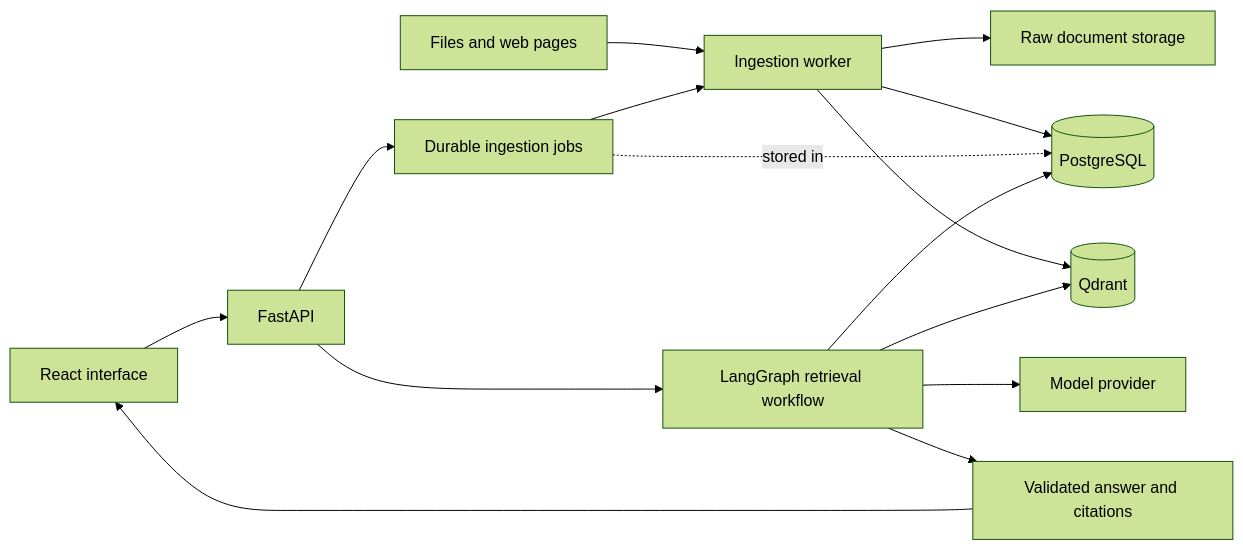
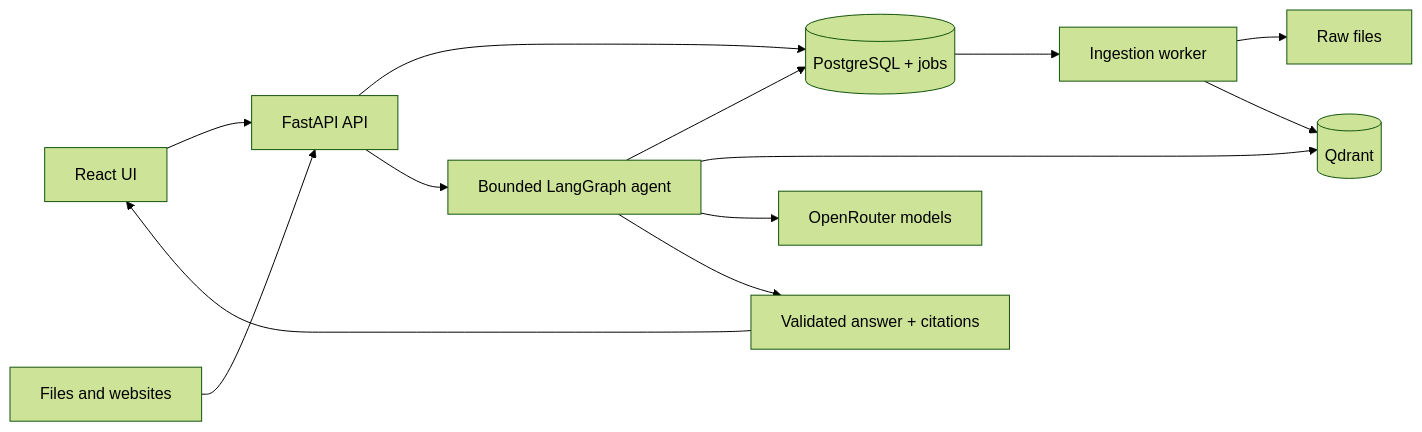
One commit to Fezzaioussama/ContextMesh changed the diagram in README.md. Above: the diagram before and after it, drawn with Mermaid (forest theme). The commit also changed other lines of this file and 6 other files, not shown here.

````diff
--- a/README.md
+++ b/README.md
@@ -161,17 +116,15 @@
 ```mermaid
 flowchart LR
-    Sources[Files and web pages] --> Worker[Ingestion worker]
-    Worker --> Blob[Raw document storage]
-    Worker --> PG[(PostgreSQL)]
+    User[React UI] --> API[FastAPI API]
+    Files[Files and websites] --> API
+    API --> Jobs[(PostgreSQL + jobs)]
+    Jobs --> Worker[Ingestion worker]
+    Worker --> Blob[Raw files]
     Worker --> Q[(Qdrant)]
-    UI[React interface] --> API[FastAPI]
-    API --> Jobs[Durable ingestion jobs]
-    Jobs --> Worker
-    Jobs -. stored in .-> PG
-    API --> Agent[LangGraph retrieval workflow]
-    Agent --> PG
+    API --> Agent[Bounded LangGraph agent]
+    Agent --> Jobs
     Agent --> Q
-    Agent --> Model[Model provider]
-    Agent --> Answer[Validated answer and citations]
-    Answer --> UI
+    Agent --> Models[OpenRouter models]
+    Agent --> Answer[Validated answer + citations]
+    Answer --> User
 ```
````
